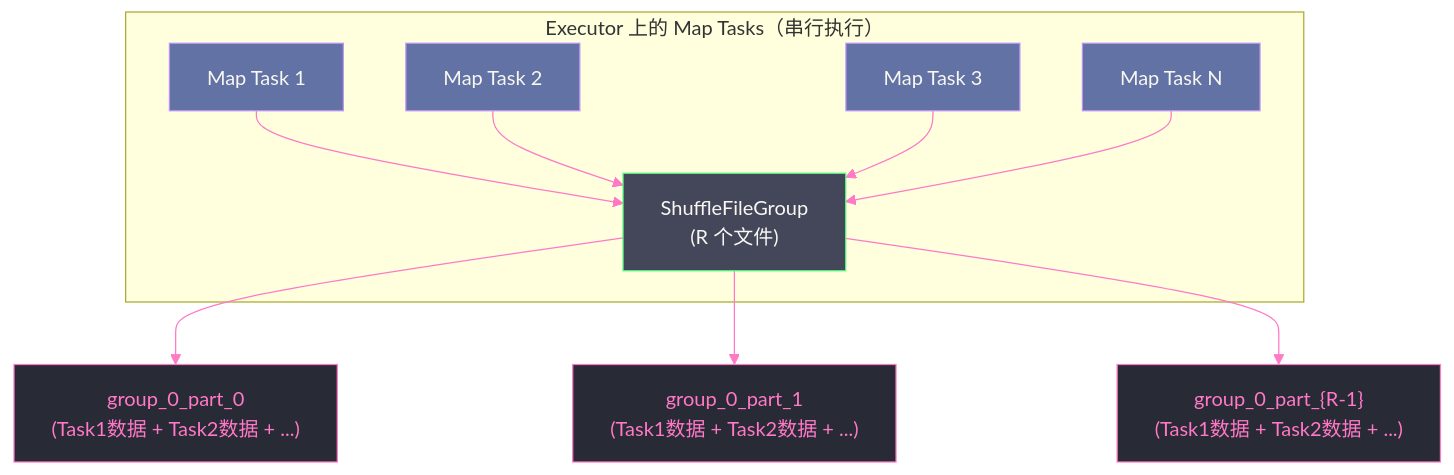
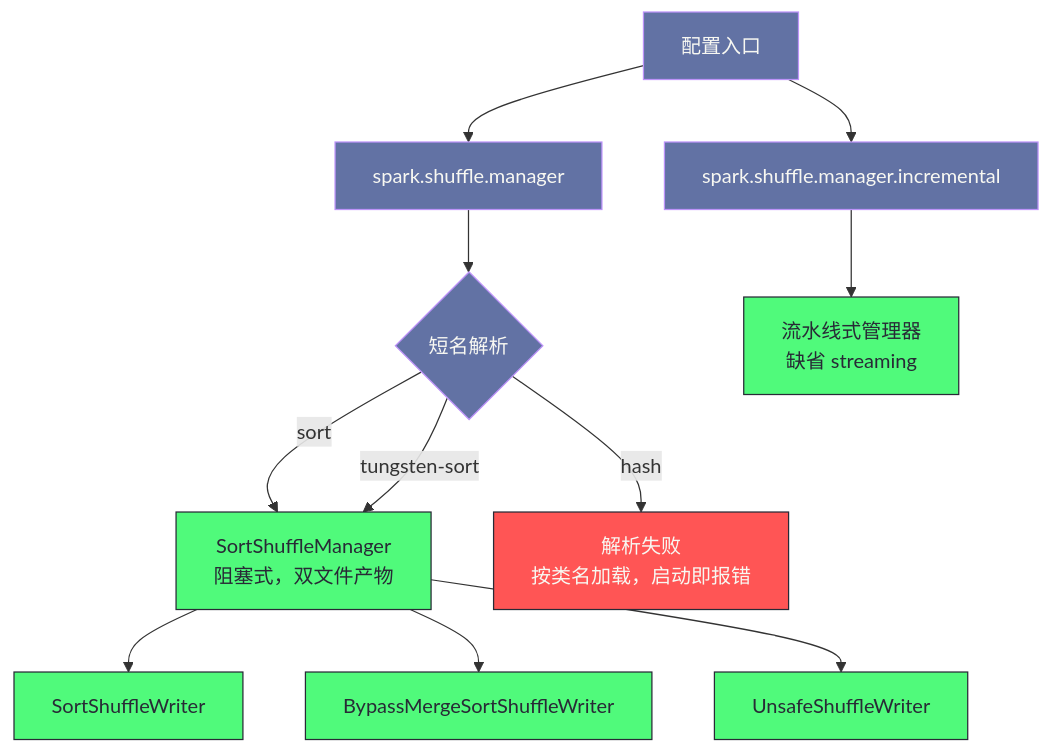
The third of 4 diagrams in content/大数据/Spark/Spark-Shuffle与内存管理机制深度解析/02 Hash Shuffle 的设计与致命缺陷.md (hpliStartAgain/my-brain), drawn with Mermaid before and after one commit. The commit also changed other lines of this file and 455 other files, not shown here.

````diff
--- a/content/大数据/Spark/Spark-Shuffle与内存管理机制深度解析/02 Hash Shuffle 的设计与致命缺陷.md
+++ b/content/大数据/Spark/Spark-Shuffle与内存管理机制深度解析/02 Hash Shuffle 的设计与致命缺陷.md
@@ -160,22 +256,20 @@
 ```mermaid
-%%{init: {"theme": "dracula", "themeVariables": {"primaryColor": "#6272a4", "primaryTextColor": "#f8f8f2", "primaryBorderColor": "#bd93f9", "lineColor": "#ff79c6", "secondaryColor": "#44475a", "tertiaryColor": "#282a36"}}}%%
-graph TD
-    subgraph "Executor 上的 Map Tasks（串行执行）"
-        T1["Map Task 1"] --> G["ShuffleFileGroup</br>(R 个文件)"]
-        T2["Map Task 2"] --> G
-        T3["Map Task 3"] --> G
-        TN["Map Task N"] --> G
-    end
-
-    G --> F0["group_0_part_0</br>(Task1数据 + Task2数据 + ...)"]
-    G --> F1["group_0_part_1</br>(Task1数据 + Task2数据 + ...)"]
-    G --> FN["group_0_part_{R-1}</br>(Task1数据 + Task2数据 + ...)"]
-
-    classDef task fill:#6272a4,stroke:#bd93f9,color:#f8f8f2
-    classDef group fill:#44475a,stroke:#50fa7b,color:#f8f8f2
-    classDef file fill:#282a36,stroke:#ff79c6,color:#ff79c6
-
-    class T1,T2,T3,TN task
-    class G group
-    class F0,F1,FN file
+%%{init: {'theme': 'dracula'}}%%
+flowchart TD
+    CONF["配置入口"] --> K1["spark.shuffle.manager"]
+    CONF --> K2["spark.shuffle.manager.incremental"]
+    K1 --> Q{"短名解析"}
+    Q -- "sort" --> S1["SortShuffleManager<br/>阻塞式，双文件产物"]
+    Q -- "tungsten-sort" --> S1
+    Q -- "hash" --> X["解析失败<br/>按类名加载，启动即报错"]
+    K2 --> S2["流水线式管理器<br/>缺省 streaming"]
+    S1 --> W1["SortShuffleWriter"]
+    S1 --> W2["BypassMergeSortShuffleWriter"]
+    S1 --> W3["UnsafeShuffleWriter"]
+    classDef ok fill:#50fa7b,stroke:#282a36,color:#282a36
+    classDef bad fill:#ff5555,stroke:#282a36,color:#f8f8f2
+    classDef mid fill:#6272a4,stroke:#bd93f9,color:#f8f8f2
+    class S1,W1,W2,W3,S2 ok
+    class X bad
+    class CONF,Q,K1,K2 mid
 ```
````
